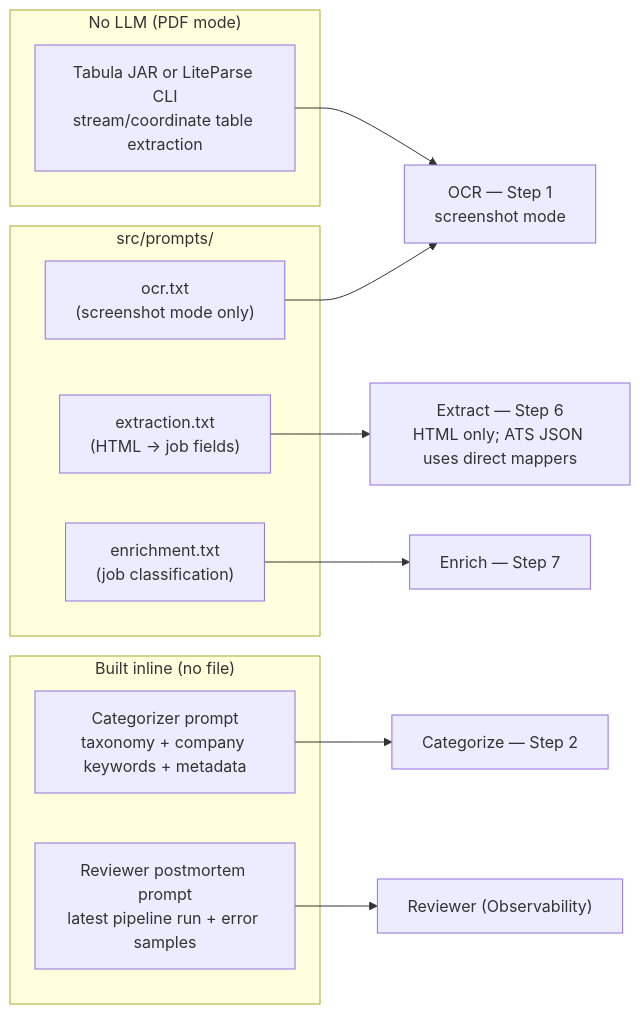
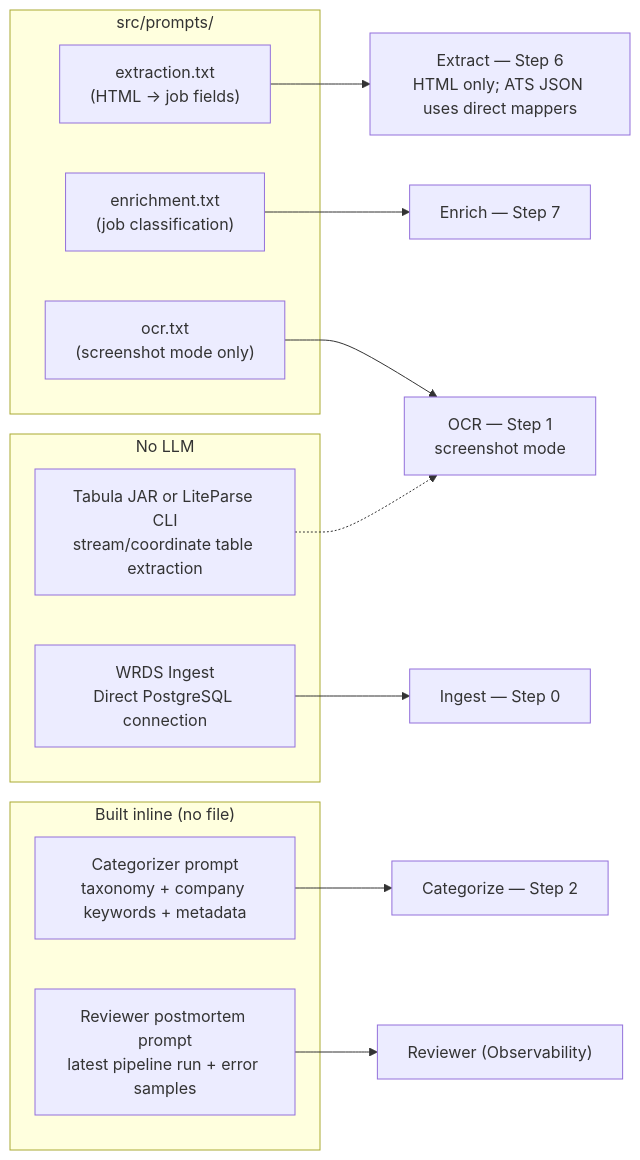
Before and after one commit to walshkang/csb-job-board: the second of 2 diagrams in README.md, drawn with Mermaid. The commit also changed other lines of this file and 12 other files, not shown here.

````diff
--- a/README.md
+++ b/README.md
@@ -265,24 +269,26 @@
 ```mermaid
 flowchart LR
     subgraph Prompts ["src/prompts/"]
         P1["ocr.txt\n(screenshot mode only)"]
         P4["extraction.txt\n(HTML → job fields)"]
         P5["enrichment.txt\n(job classification)"]
     end
 
     subgraph Inline ["Built inline (no file)"]
         I1["Categorizer prompt\ntaxonomy + company keywords + metadata"]
         I2["Reviewer postmortem prompt\nlatest pipeline run + error samples"]
     end
 
-    subgraph NoAI ["No LLM (PDF mode)"]
+    subgraph NoAI ["No LLM"]
+        W1["WRDS Ingest\nDirect PostgreSQL connection"]
         T1["Tabula JAR or LiteParse CLI\nstream/coordinate table extraction"]
     end
 
+    W1 --> ING["Ingest — Step 0"]
     P1 --> OCR["OCR — Step 1\nscreenshot mode"]
-    T1 --> OCR
+    T1 -.-> OCR
     P4 --> EXT["Extract — Step 6\nHTML only; ATS JSON uses direct mappers"]
     P5 --> ENR["Enrich — Step 7"]
     I1 --> CAT["Categorize — Step 2"]
     I2 --> REV["Reviewer (Observability)"]
 ```
````
